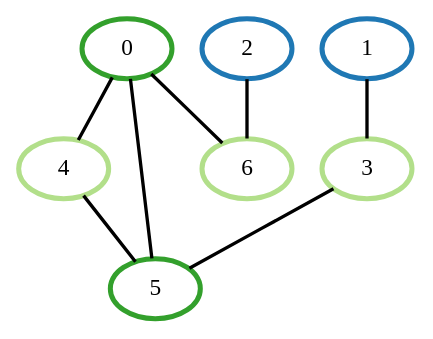
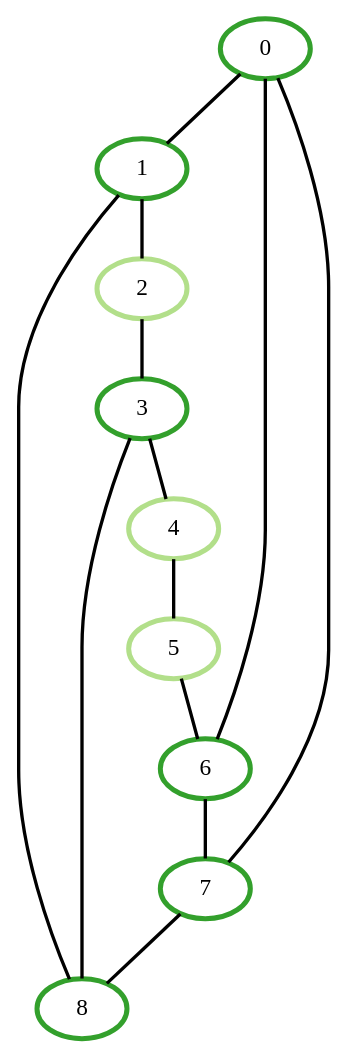
The diagram in GI/Results/colorful_2.dot (RobvEmous/Mod7Group2), drawn with Graphviz before and after one commit. The commit also changed 11 other files, not shown here.

```diff
--- a/GI/Results/colorful_2.dot
+++ b/GI/Results/colorful_2.dot
@@ -1,17 +1,24 @@
 graph G {
     0 [penwidth=3,color=4, colorscheme=paired12]
-    1 [penwidth=3,color=2, colorscheme=paired12]
-    2 [penwidth=3,color=2, colorscheme=paired12]
-    3 [penwidth=3,color=3, colorscheme=paired12]
+    1 [penwidth=3,color=4, colorscheme=paired12]
+    2 [penwidth=3,color=3, colorscheme=paired12]
+    3 [penwidth=3,color=4, colorscheme=paired12]
     4 [penwidth=3,color=3, colorscheme=paired12]
-    5 [penwidth=3,color=4, colorscheme=paired12]
-    6 [penwidth=3,color=3, colorscheme=paired12]
+    5 [penwidth=3,color=3, colorscheme=paired12]
+    6 [penwidth=3,color=4, colorscheme=paired12]
+    7 [penwidth=3,color=4, colorscheme=paired12]
+    8 [penwidth=3,color=4, colorscheme=paired12]
 
-    1--3 [penwidth=2]
-    3--5 [penwidth=2]
-    0--5 [penwidth=2]
-    0--4 [penwidth=2]
+    0--7 [penwidth=2]
+    6--7 [penwidth=2]
+    1--8 [penwidth=2]
+    3--8 [penwidth=2]
+    7--8 [penwidth=2]
+    0--1 [penwidth=2]
+    1--2 [penwidth=2]
+    2--3 [penwidth=2]
+    3--4 [penwidth=2]
     4--5 [penwidth=2]
+    5--6 [penwidth=2]
     0--6 [penwidth=2]
-    2--6 [penwidth=2]
 }
```
